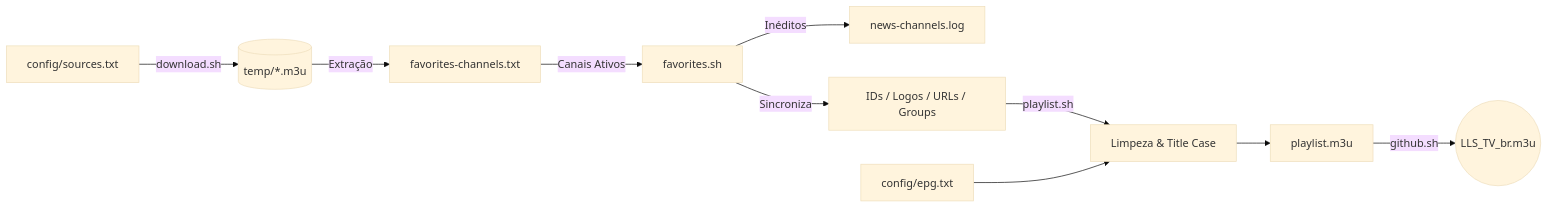
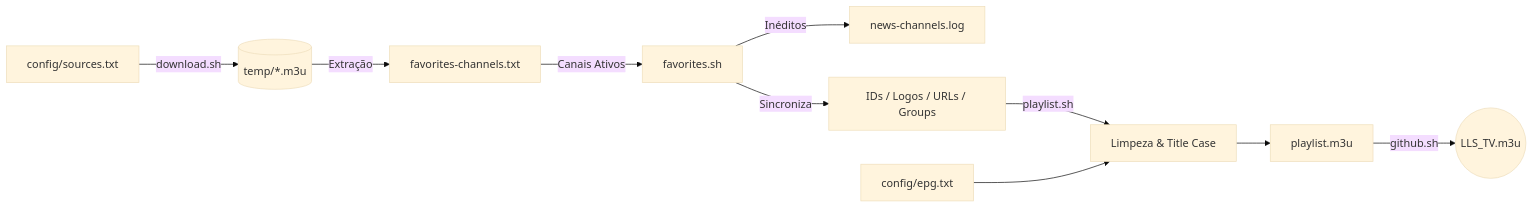
The diagram in iptv/README.md (lls-ws/lls-ws.github.io), drawn with Mermaid (base theme) before and after one commit. The commit also changed other lines of this file, not shown here.

````diff
--- a/iptv/README.md
+++ b/iptv/README.md
@@ -34,12 +34,12 @@
 ```mermaid
 flowchart LR
     A[config/sources.txt] -->|download.sh| B[(temp/*.m3u)]
     B -->|Extração| C[favorites-channels.txt]
     C -->|Canais Ativos| D[favorites.sh]
     D -->|Inéditos| E[news-channels.log]
     D -->|Sincroniza| F[IDs / Logos / URLs / Groups]
     F -->|playlist.sh| G[Limpeza & Title Case]
     H[config/epg.txt] --> G
     G --> I[playlist.m3u]
-    I -->|github.sh| J((LLS_TV_br.m3u))
+    I -->|github.sh| J((LLS_TV.m3u))
 ```
````
